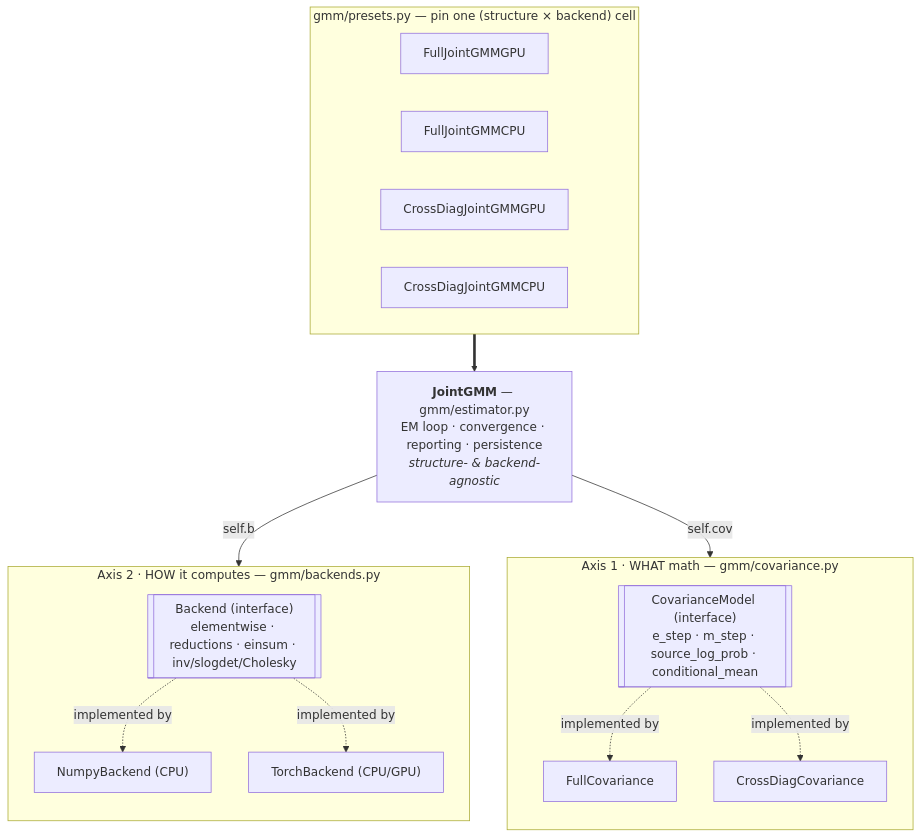
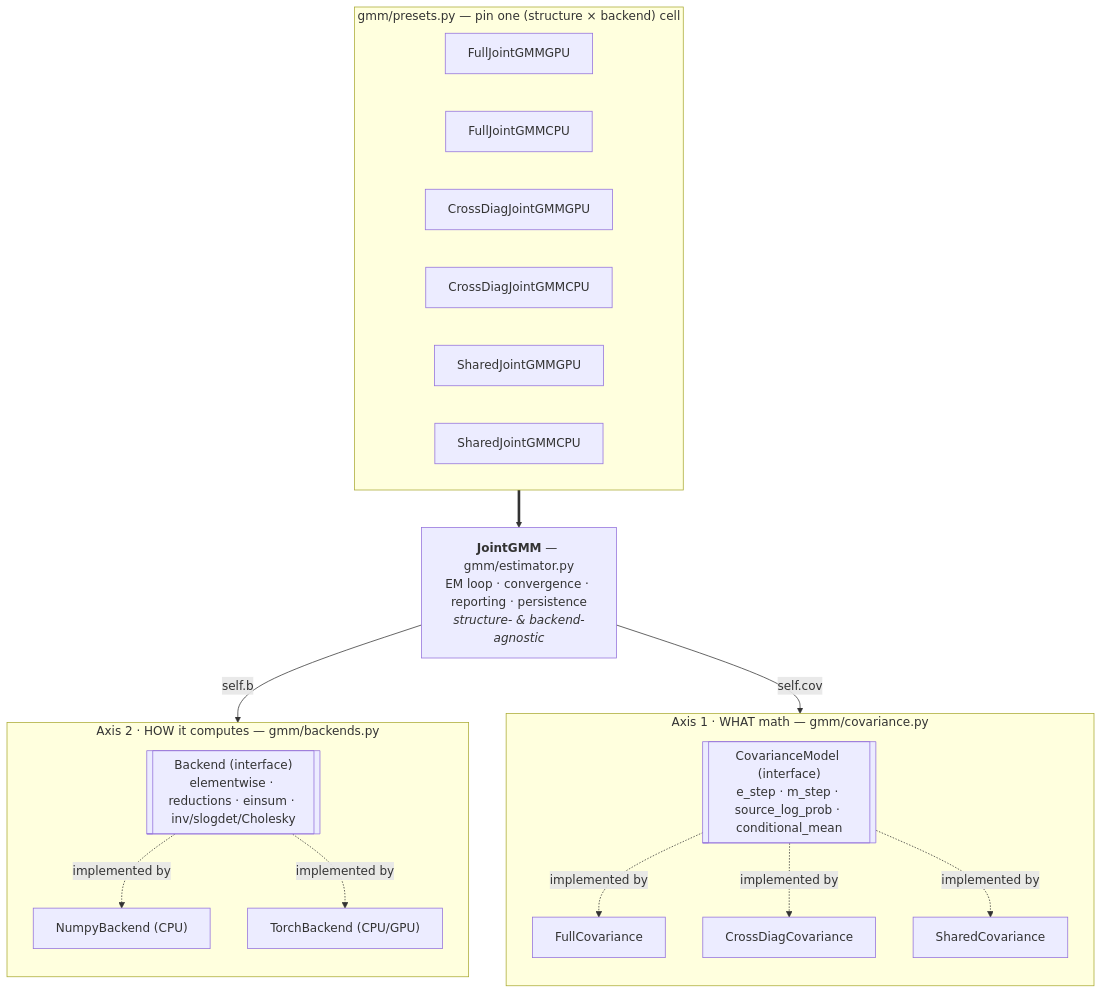
One commit to tomoya-san/ssl-gmmvc changed the first of 2 diagrams in README.md. Above: the diagram before and after it, drawn with Mermaid. The commit also changed other lines of this file and 3 other files, not shown here.

Commit message:
Added shared covariance matrix setting in GMM.

````diff
--- a/README.md
+++ b/README.md
@@ -62,34 +62,38 @@
 ```mermaid
 flowchart TB
     subgraph Presets["gmm/presets.py — pin one (structure × backend) cell"]
         direction LR
         P1[FullJointGMMGPU]
         P2[FullJointGMMCPU]
         P3[CrossDiagJointGMMGPU]
         P4[CrossDiagJointGMMCPU]
+        P5[SharedJointGMMGPU]
+        P6[SharedJointGMMCPU]
     end
 
     Driver["<b>JointGMM</b> — gmm/estimator.py<br/>EM loop · convergence · reporting · persistence<br/><i>structure- & backend-agnostic</i>"]
 
     subgraph Cov["Axis 1 · WHAT math — gmm/covariance.py"]
         direction TB
         CovBase[["CovarianceModel (interface)<br/>e_step · m_step · source_log_prob · conditional_mean"]]
         Full[FullCovariance]
         Cross[CrossDiagCovariance]
+        Shared[SharedCovariance]
         CovBase -.implemented by.-> Full
         CovBase -.implemented by.-> Cross
+        CovBase -.implemented by.-> Shared
     end
 
     subgraph Back["Axis 2 · HOW it computes — gmm/backends.py"]
         direction TB
         BackBase[["Backend (interface)<br/>elementwise · reductions · einsum · inv/slogdet/Cholesky"]]
         Numpy["NumpyBackend (CPU)"]
         Torch["TorchBackend (CPU/GPU)"]
         BackBase -.implemented by.-> Numpy
         BackBase -.implemented by.-> Torch
     end
 
     Presets ==> Driver
     Driver -->|self.cov| CovBase
     Driver -->|self.b| BackBase
 ```
````
